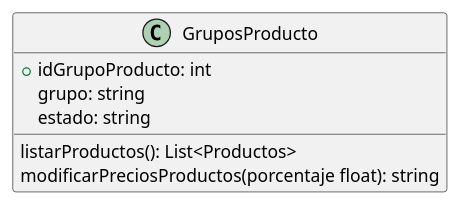
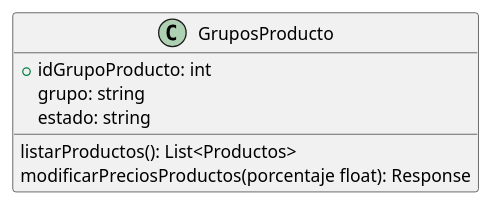
The diagram in DiagramaClases/Clases/GruposProducto.puml (ZMGestion/DocumentacionZMGestion), drawn with PlantUML before and after one commit. The commit also changed 27 other files, not shown here.

```diff
--- a/DiagramaClases/Clases/GruposProducto.puml
+++ b/DiagramaClases/Clases/GruposProducto.puml
@@ -1,10 +1,10 @@
 @startuml GruposProducto
 class GruposProducto{
     +idGrupoProducto: int
     grupo: string
     estado: string
 
     listarProductos(): List<Productos>
-    modificarPreciosProductos(porcentaje float): string
+    modificarPreciosProductos(porcentaje float): Response
 }
 @enduml
```
